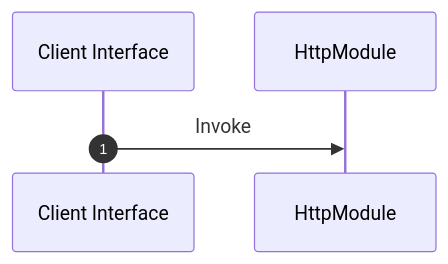
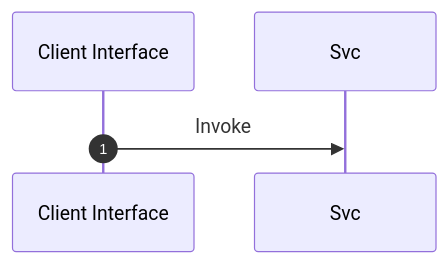
Before and after one commit to lgcorzo/fastapi-autogen-team: the second of 2 diagrams in openwiki/src/interface/http/mod.md, drawn with Mermaid. The commit also changed other lines of this file and 22 other files, not shown here.

````diff
--- a/openwiki/src/interface/http/mod.md
+++ b/openwiki/src/interface/http/mod.md
@@ -39,7 +39,6 @@
 ```mermaid
 sequenceDiagram
     autonumber
     participant Caller as Client Interface
-    participant Svc as HttpModule
     Caller->>Svc: Invoke
 ```
````
